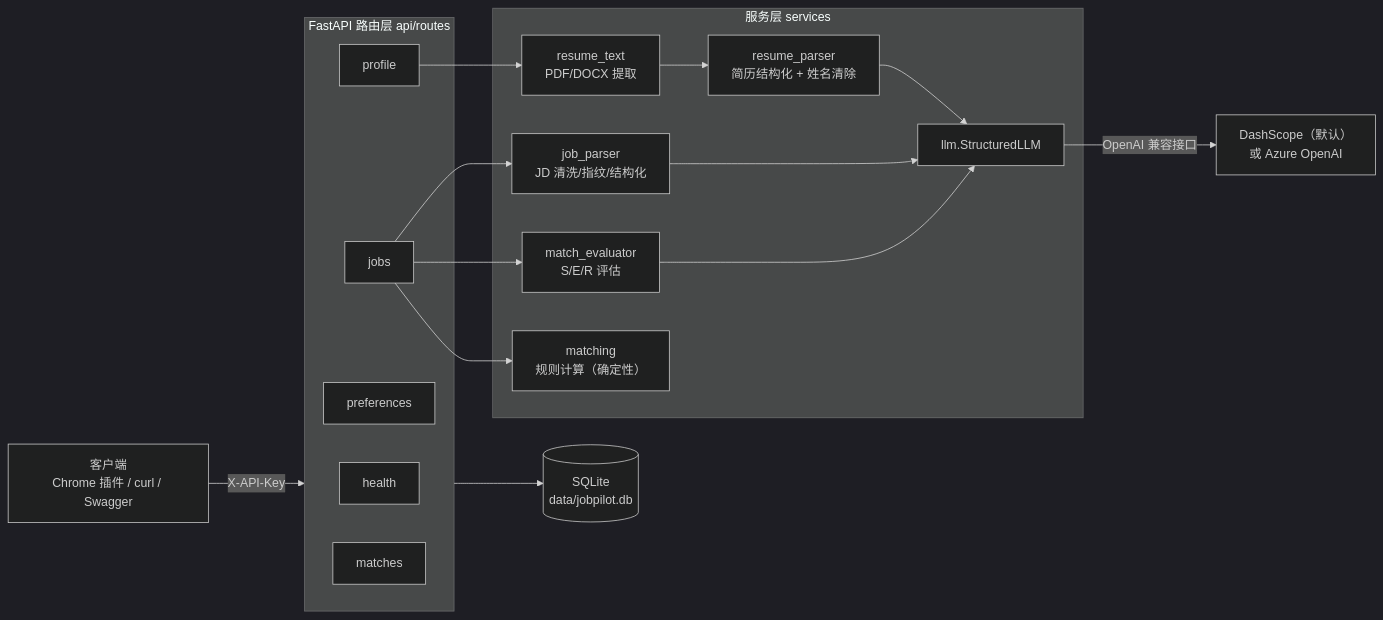
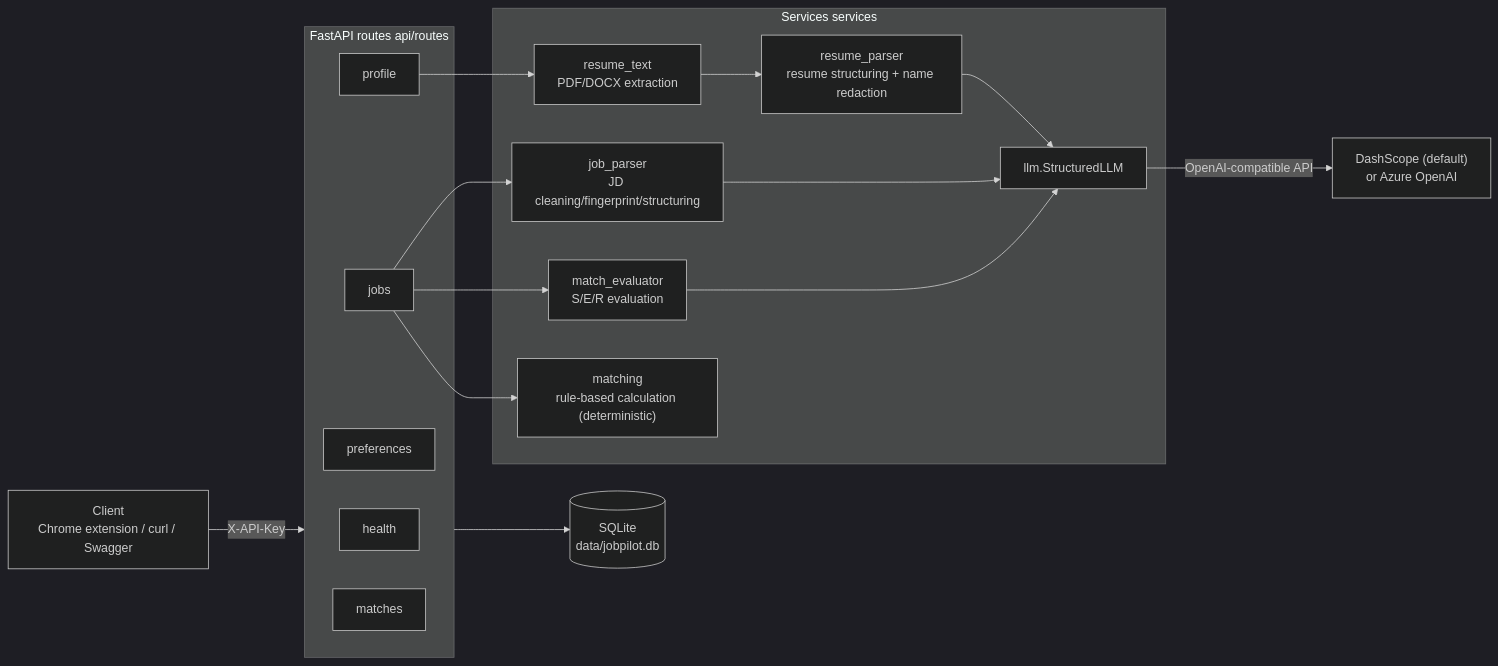
The first of 7 diagrams in docs/BACKEND.md (TuringChicken/JobPilot), drawn with Mermaid (dark theme) before and after one commit. The commit also changed other lines of this file and 3 other files, not shown here.

````diff
--- a/docs/BACKEND.md
+++ b/docs/BACKEND.md
@@ -7,35 +7,35 @@
 ```mermaid
 flowchart LR
-    Client["客户端<br/>Chrome 插件 / curl / Swagger"]
+    Client["Client<br/>Chrome extension / curl / Swagger"]
 
-    subgraph API["FastAPI 路由层 api/routes"]
+    subgraph API["FastAPI routes api/routes"]
         Health["health"]
         Profile["profile"]
         Prefs["preferences"]
         Jobs["jobs"]
         Matches["matches"]
     end
 
-    subgraph Services["服务层 services"]
-        ResumeText["resume_text<br/>PDF/DOCX 提取"]
-        ResumeParser["resume_parser<br/>简历结构化 + 姓名清除"]
-        JobParser["job_parser<br/>JD 清洗/指纹/结构化"]
-        Evaluator["match_evaluator<br/>S/E/R 评估"]
-        Matching["matching<br/>规则计算（确定性）"]
+    subgraph Services["Services services"]
+        ResumeText["resume_text<br/>PDF/DOCX extraction"]
+        ResumeParser["resume_parser<br/>resume structuring + name redaction"]
+        JobParser["job_parser<br/>JD cleaning/fingerprint/structuring"]
+        Evaluator["match_evaluator<br/>S/E/R evaluation"]
+        Matching["matching<br/>rule-based calculation (deterministic)"]
         LLM["llm.StructuredLLM"]
     end
 
     DB[("SQLite<br/>data/jobpilot.db")]
-    Provider["DashScope（默认）<br/>或 Azure OpenAI"]
+    Provider["DashScope (default)<br/>or Azure OpenAI"]
 
     Client -->|"X-API-Key"| API
     Profile --> ResumeText --> ResumeParser
     Jobs --> JobParser
     Jobs --> Evaluator
     Jobs --> Matching
     ResumeParser --> LLM
     JobParser --> LLM
     Evaluator --> LLM
-    LLM -->|"OpenAI 兼容接口"| Provider
+    LLM -->|"OpenAI-compatible API"| Provider
     API --> DB
 ```
````
